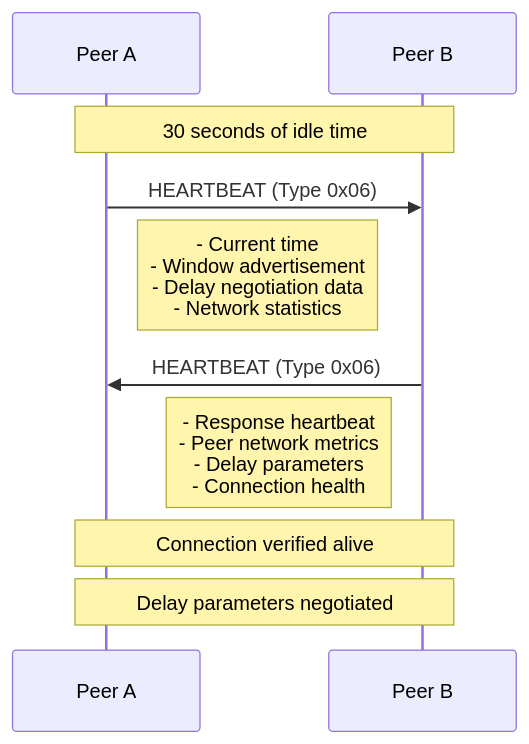
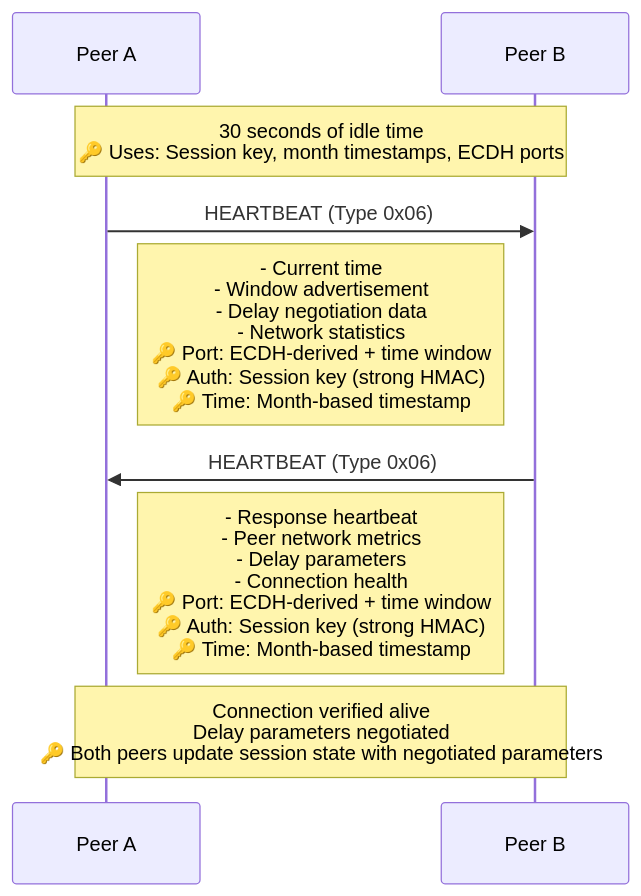
One commit to aidanmorgan/buckwild changed diagram 18 of 44 in design/protocol/14-sequence-diagrams.md. Above: the diagram before and after it, drawn with Mermaid. The commit also changed other lines of this file and 9 other files, not shown here.

````diff
--- a/design/protocol/14-sequence-diagrams.md
+++ b/design/protocol/14-sequence-diagrams.md
@@ -420,16 +418,15 @@
 ```mermaid
 sequenceDiagram
     participant Peer A
     participant Peer B
     
-    Note over Peer A,Peer B: 30 seconds of idle time
+    Note over Peer A,Peer B: 30 seconds of idle time<br/>🔑 Uses: Session key, month timestamps, ECDH ports
     
     Peer A->>Peer B: HEARTBEAT (Type 0x06)
-    Note right of Peer A: - Current time<br/>- Window advertisement<br/>- Delay negotiation data<br/>- Network statistics
+    Note right of Peer A: - Current time<br/>- Window advertisement<br/>- Delay negotiation data<br/>- Network statistics<br/>🔑 Port: ECDH-derived + time window<br/>🔑 Auth: Session key (strong HMAC)<br/>🔑 Time: Month-based timestamp
     
     Peer B->>Peer A: HEARTBEAT (Type 0x06)
-    Note left of Peer B: - Response heartbeat<br/>- Peer network metrics<br/>- Delay parameters<br/>- Connection health
+    Note left of Peer B: - Response heartbeat<br/>- Peer network metrics<br/>- Delay parameters<br/>- Connection health<br/>🔑 Port: ECDH-derived + time window<br/>🔑 Auth: Session key (strong HMAC)<br/>🔑 Time: Month-based timestamp
     
-    Note over Peer A,Peer B: Connection verified alive
-    Note over Peer A,Peer B: Delay parameters negotiated
+    Note over Peer A,Peer B: Connection verified alive<br/>Delay parameters negotiated<br/>🔑 Both peers update session state with negotiated parameters
 ```
````
